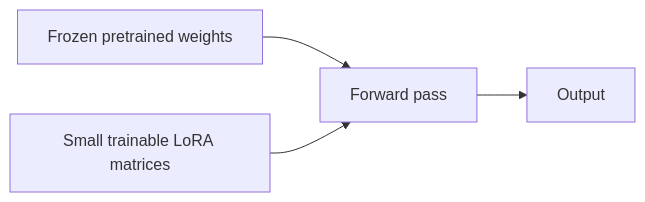
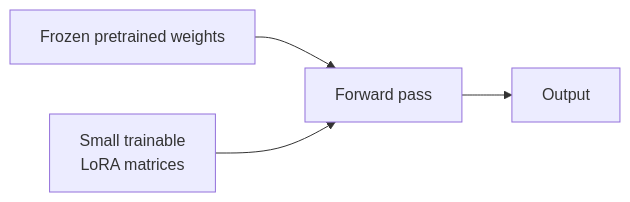
Before and after one commit to zirachw/LockedIn: the second of 3 diagrams in ai-engineering/fine-tuning.md, drawn with Mermaid. The commit also changed other lines of this file, not shown here.

````diff
--- a/ai-engineering/fine-tuning.md
+++ b/ai-engineering/fine-tuning.md
@@ -49,6 +49,6 @@
 ```mermaid
 flowchart LR
     P[Frozen pretrained weights] --> F[Forward pass]
-    A[Small trainable LoRA matrices] --> F
+    A[Small trainable<br/>LoRA matrices] --> F
     F --> O[Output]
 ```
````
